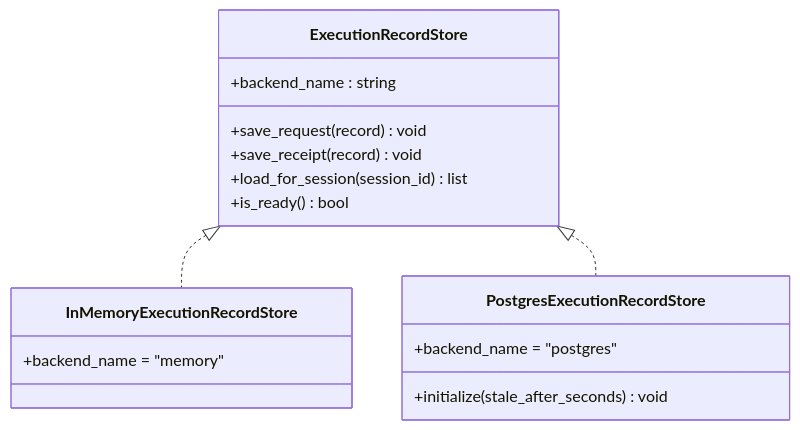
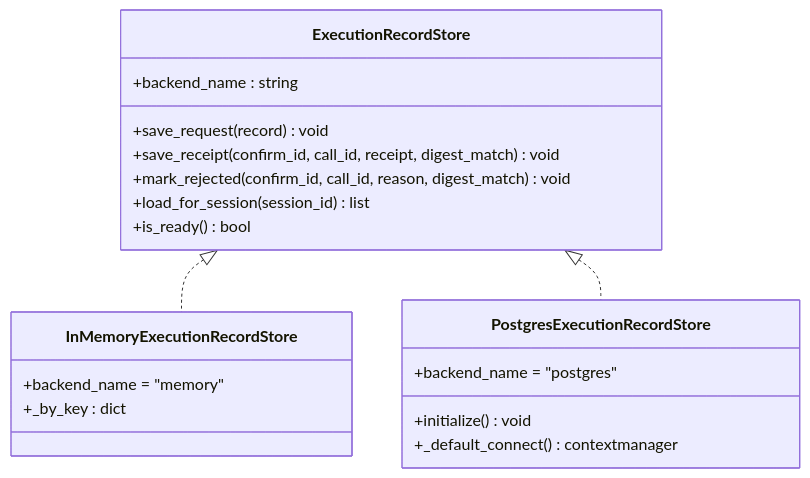
Before and after one commit to metasync/luban-aiops: the fifth of 8 diagrams in .qoder/repowiki/en/content/Architecture Documentation/SPEC-037_ Signed Execution Requests and Receipts.md, drawn with Mermaid. The commit also changed other lines of this file and 27 other files, not shown here.

````diff
--- a/.qoder/repowiki/en/content/Architecture Documentation/SPEC-037_ Signed Execution Requests and Receipts.md
+++ b/.qoder/repowiki/en/content/Architecture Documentation/SPEC-037_ Signed Execution Requests and Receipts.md
@@ -187,19 +222,22 @@
 ```mermaid
 classDiagram
 class ExecutionRecordStore {
 +backend_name : string
 +save_request(record) void
-+save_receipt(record) void
++save_receipt(confirm_id, call_id, receipt, digest_match) void
++mark_rejected(confirm_id, call_id, reason, digest_match) void
 +load_for_session(session_id) list
 +is_ready() bool
 }
 class InMemoryExecutionRecordStore {
 +backend_name = "memory"
++_by_key : dict
 }
 class PostgresExecutionRecordStore {
 +backend_name = "postgres"
-+initialize(stale_after_seconds) void
++initialize() void
++_default_connect() contextmanager
 }
 ExecutionRecordStore <|.. InMemoryExecutionRecordStore
 ExecutionRecordStore <|.. PostgresExecutionRecordStore
 ```
````
